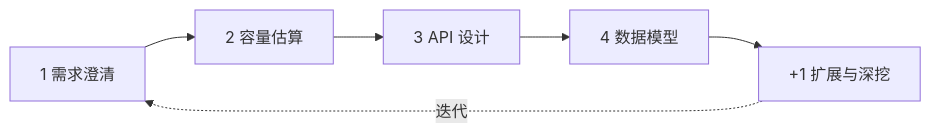
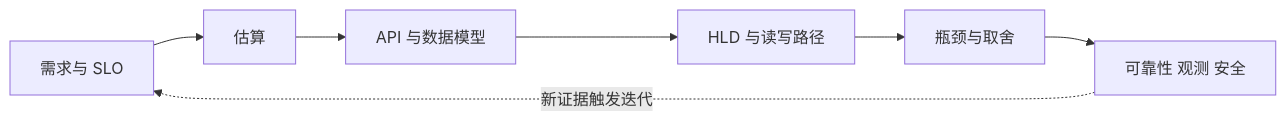
One commit to moqix26/study changed the first of 5 diagrams in 后端学习/系统设计/01-系统设计方法论与面试框架.md. Above: the diagram before and after it, drawn with Mermaid. The commit also changed other lines of this file and 202 other files, not shown here.

````diff
--- a/后端学习/系统设计/01-系统设计方法论与面试框架.md
+++ b/后端学习/系统设计/01-系统设计方法论与面试框架.md
@@ -96,8 +50,9 @@
 ```mermaid
 flowchart LR
-    R[1 需求澄清] --> E[2 容量估算]
-    E --> A[3 API 设计]
-    A --> S[4 数据模型]
-    S --> X[+1 扩展与深挖]
-    X -.->|迭代| R
+    R[需求与 SLO] --> E[估算]
+    E --> M[API 与数据模型]
+    M --> H[HLD 与读写路径]
+    H --> T[瓶颈与取舍]
+    T --> O[可靠性 观测 安全]
+    O -.新证据触发迭代.-> R
 ```
````
